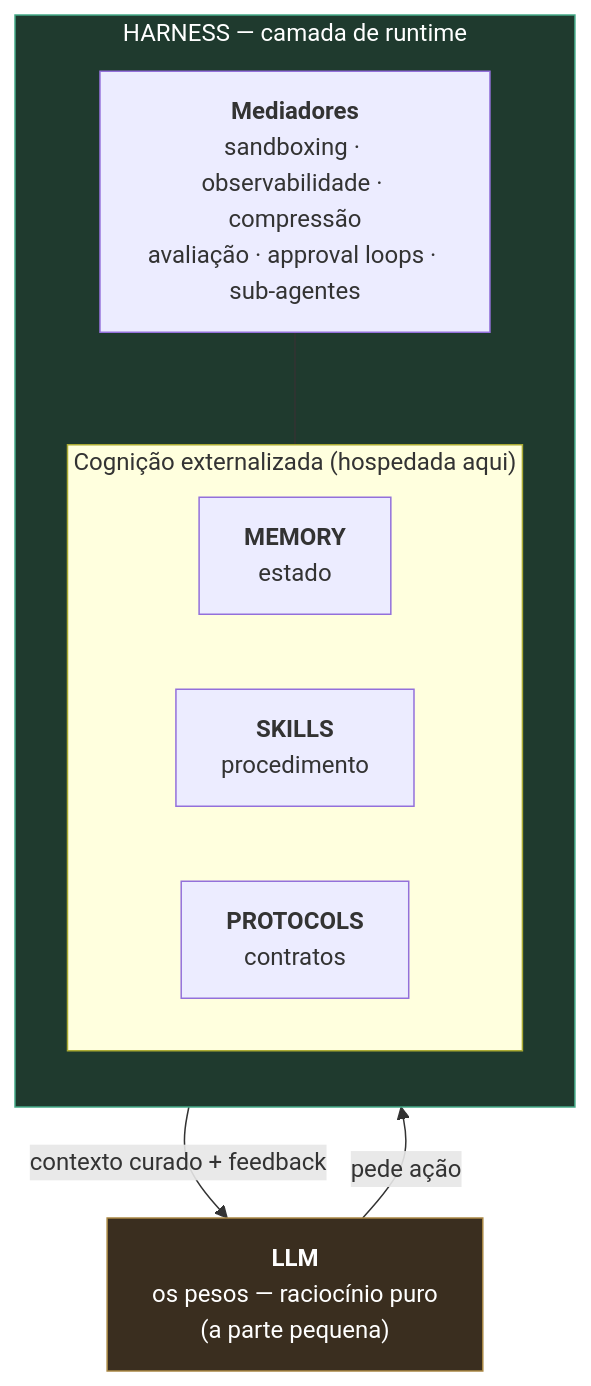
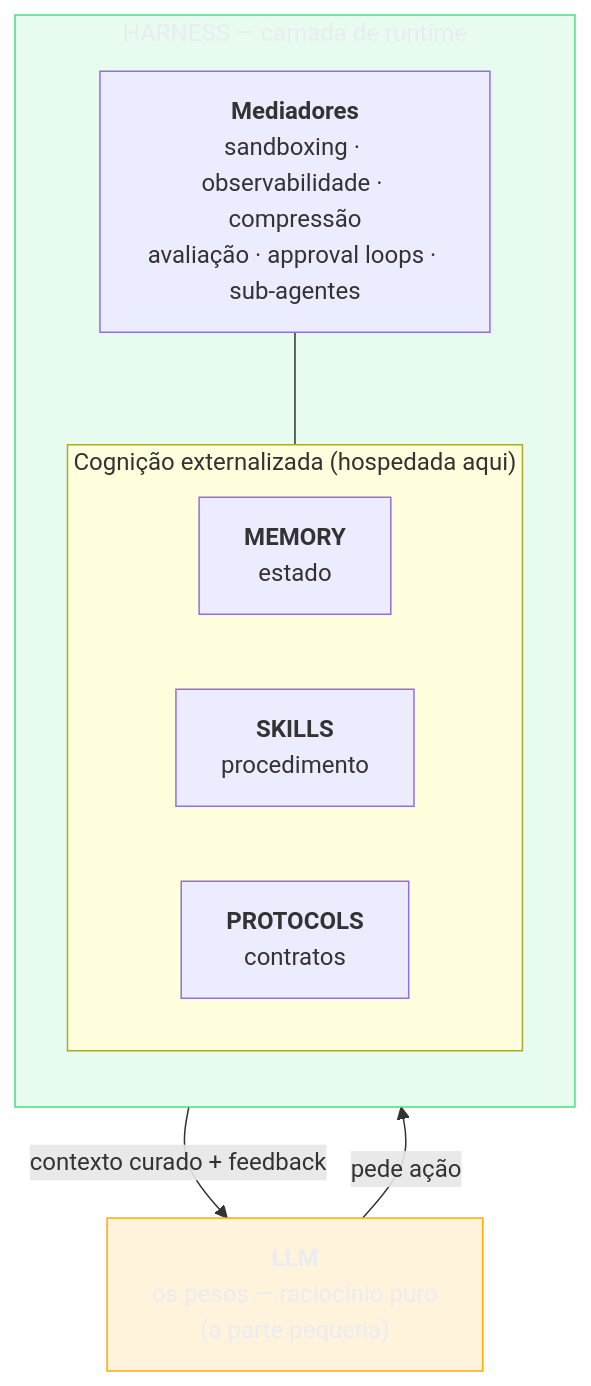
One commit to josenaldo/codex-technomanticus changed the second of 4 diagrams in 03-Dominios/Tecnologia/IA/Anatomia de Agents/11 - Harness engineering — a terceira camada.md. Above: the diagram before and after it, drawn with Mermaid. The commit also changed other lines of this file and 1181 other files, not shown here.

First line of the commit message:
fix(diagramas): paleta do sistema no lugar de cor cravada no markdown

````diff
--- a/03-Dominios/Tecnologia/IA/Anatomia de Agents/11 - Harness engineering — a terceira camada.md
+++ b/03-Dominios/Tecnologia/IA/Anatomia de Agents/11 - Harness engineering — a terceira camada.md
@@ -74,19 +75,21 @@
 ```mermaid
 graph TB
+    classDef ok fill:#4ADE8021,stroke:#4ADE80,color:#E9ECF2
+    classDef destaque fill:#FFAA0024,stroke:#FFAA00,color:#E9ECF2
     LLM["<b>LLM</b><br/>os pesos — raciocínio puro<br/>(a parte pequena)"]
     subgraph HARNESS["HARNESS — camada de runtime"]
         direction TB
         MED["<b>Mediadores</b><br/>sandboxing · observabilidade · compressão<br/>avaliação · approval loops · sub-agentes"]
         subgraph EXT["Cognição externalizada (hospedada aqui)"]
             direction LR
             M["<b>MEMORY</b><br/>estado"]
             S["<b>SKILLS</b><br/>procedimento"]
             P["<b>PROTOCOLS</b><br/>contratos"]
         end
         MED --- EXT
     end
     LLM -->|"pede ação"| HARNESS
     HARNESS -->|"contexto curado + feedback"| LLM
-    style HARNESS fill:#1f3a2e,stroke:#4a8,color:#fff
-    style LLM fill:#3a2e1f,stroke:#a84,color:#fff
+    class HARNESS ok
+    class LLM destaque
 ```
````
